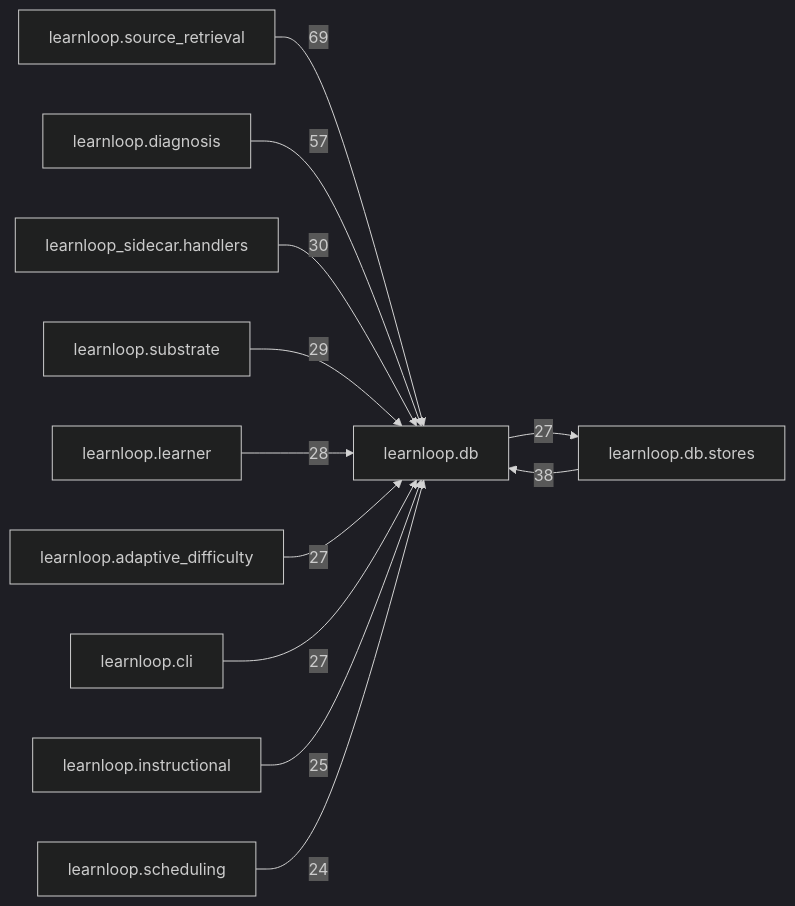
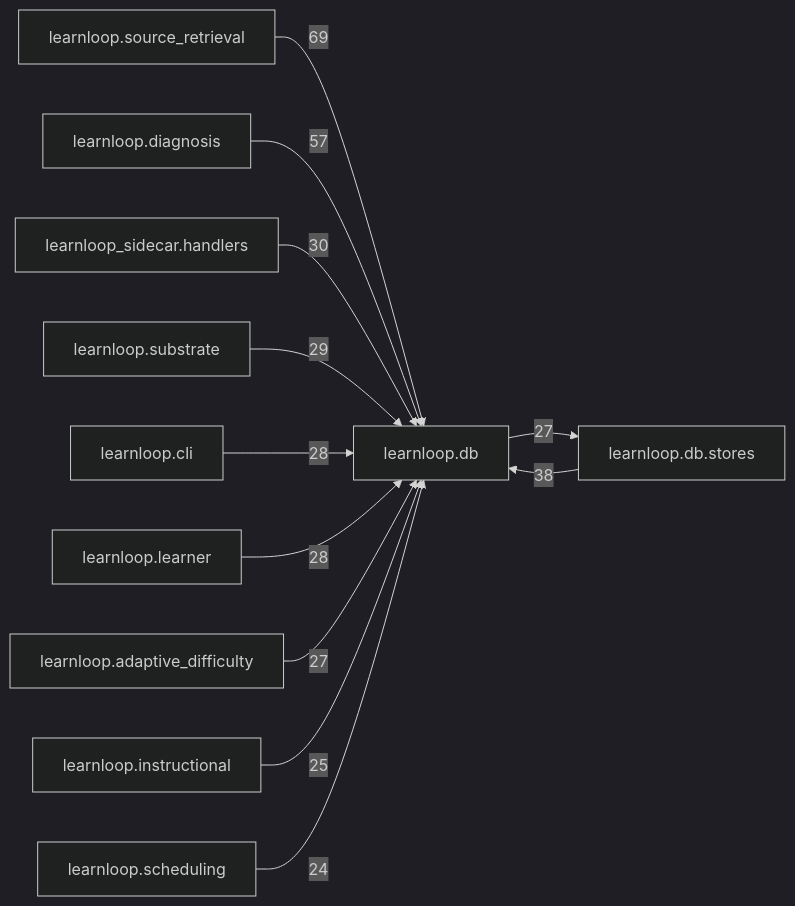
Before and after one commit to 6up-b/learnanything: the diagram in docs/learnloop-architecture-vault/Reference/Modules/learnloop/db/_package.md, drawn with Mermaid (dark theme). The commit also changed other lines of this file and 94 other files, not shown here.

````diff
--- a/docs/learnloop-architecture-vault/Reference/Modules/learnloop/db/_package.md
+++ b/docs/learnloop-architecture-vault/Reference/Modules/learnloop/db/_package.md
@@ -158,25 +158,25 @@
 ```mermaid
 flowchart LR
     center["learnloop.db"]
     n_learnloop_source_retrieval["learnloop.source_retrieval"]
     n_learnloop_db_stores["learnloop.db.stores"]
     n_learnloop_diagnosis["learnloop.diagnosis"]
     n_learnloop_sidecar_handlers["learnloop_sidecar.handlers"]
     n_learnloop_substrate["learnloop.substrate"]
+    n_learnloop_cli["learnloop.cli"]
     n_learnloop_learner["learnloop.learner"]
     n_learnloop_adaptive_difficulty["learnloop.adaptive_difficulty"]
-    n_learnloop_cli["learnloop.cli"]
     n_learnloop_instructional["learnloop.instructional"]
     n_learnloop_scheduling["learnloop.scheduling"]
     n_learnloop_source_retrieval -->|69| center
     n_learnloop_db_stores -->|38| center
     center -->|27| n_learnloop_db_stores
     n_learnloop_diagnosis -->|57| center
     n_learnloop_sidecar_handlers -->|30| center
     n_learnloop_substrate -->|29| center
+    n_learnloop_cli -->|28| center
     n_learnloop_learner -->|28| center
     n_learnloop_adaptive_difficulty -->|27| center
-    n_learnloop_cli -->|27| center
     n_learnloop_instructional -->|25| center
     n_learnloop_scheduling -->|24| center
 ```
````
